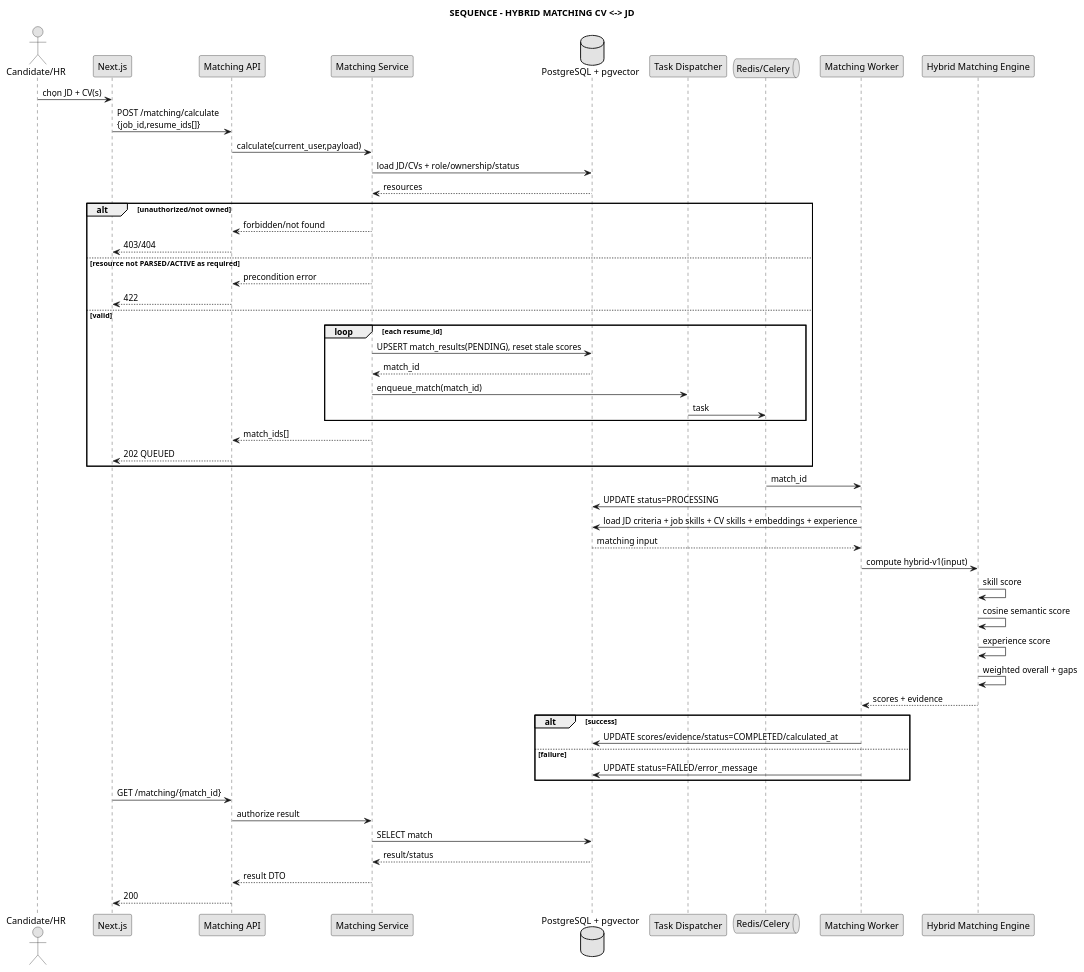
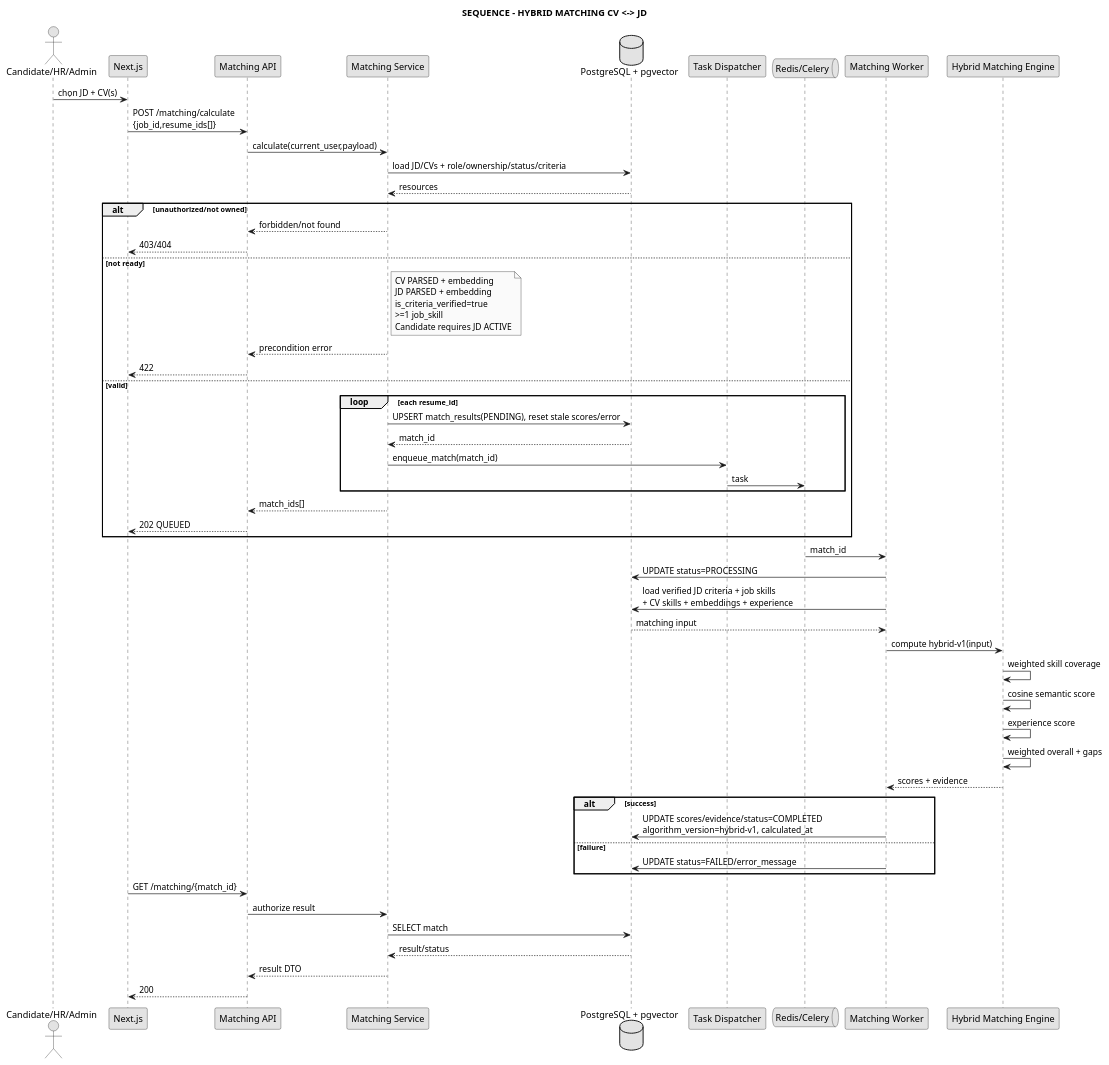
The diagram in docs/04_sequence/seq_matching.puml (anh632k-ui/WebCVUngVienTuyenDung), drawn with PlantUML before and after one commit.

Commit message:
docs(pttk): align matching sequence readiness checks

```diff
--- a/docs/04_sequence/seq_matching.puml
+++ b/docs/04_sequence/seq_matching.puml
@@ -1,62 +1,69 @@
 @startuml
 skinparam monochrome true
 skinparam shadowing false
 
 title SEQUENCE - HYBRID MATCHING CV <-> JD
 
-actor "Candidate/HR" as User
+actor "Candidate/HR/Admin" as User
 participant "Next.js" as FE
 participant "Matching API" as API
 participant "Matching Service" as Service
 database "PostgreSQL + pgvector" as DB
 participant "Task Dispatcher" as Dispatcher
 queue "Redis/Celery" as Queue
 participant "Matching Worker" as Worker
 participant "Hybrid Matching Engine" as Engine
 
 User -> FE : chọn JD + CV(s)
 FE -> API : POST /matching/calculate\n{job_id,resume_ids[]}
 API -> Service : calculate(current_user,payload)
-Service -> DB : load JD/CVs + role/ownership/status
+Service -> DB : load JD/CVs + role/ownership/status/criteria
 DB --> Service : resources
 alt unauthorized/not owned
   Service --> API : forbidden/not found
   API --> FE : 403/404
-else resource not PARSED/ACTIVE as required
+else not ready
+  note right of Service
+    CV PARSED + embedding
+    JD PARSED + embedding
+    is_criteria_verified=true
+    >=1 job_skill
+    Candidate requires JD ACTIVE
+  end note
   Service --> API : precondition error
   API --> FE : 422
 else valid
   loop each resume_id
-    Service -> DB : UPSERT match_results(PENDING), reset stale scores
+    Service -> DB : UPSERT match_results(PENDING), reset stale scores/error
     DB --> Service : match_id
     Service -> Dispatcher : enqueue_match(match_id)
     Dispatcher -> Queue : task
   end
   Service --> API : match_ids[]
   API --> FE : 202 QUEUED
 end
 
 Queue -> Worker : match_id
 Worker -> DB : UPDATE status=PROCESSING
-Worker -> DB : load JD criteria + job skills + CV skills + embeddings + experience
+Worker -> DB : load verified JD criteria + job skills\n+ CV skills + embeddings + experience
 DB --> Worker : matching input
 Worker -> Engine : compute hybrid-v1(input)
-Engine -> Engine : skill score
+Engine -> Engine : weighted skill coverage
 Engine -> Engine : cosine semantic score
 Engine -> Engine : experience score
 Engine -> Engine : weighted overall + gaps
 Engine --> Worker : scores + evidence
 alt success
-  Worker -> DB : UPDATE scores/evidence/status=COMPLETED/calculated_at
+  Worker -> DB : UPDATE scores/evidence/status=COMPLETED\nalgorithm_version=hybrid-v1, calculated_at
 else failure
   Worker -> DB : UPDATE status=FAILED/error_message
 end
 
 FE -> API : GET /matching/{match_id}
 API -> Service : authorize result
 Service -> DB : SELECT match
 DB --> Service : result/status
 Service --> API : result DTO
 API --> FE : 200
 
 @enduml
```
